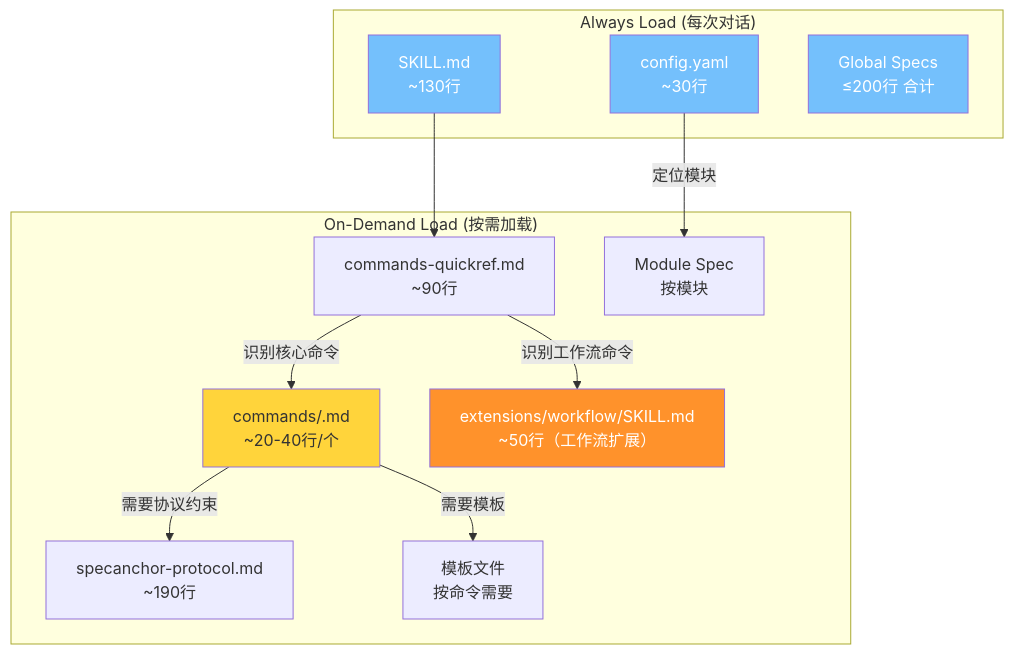
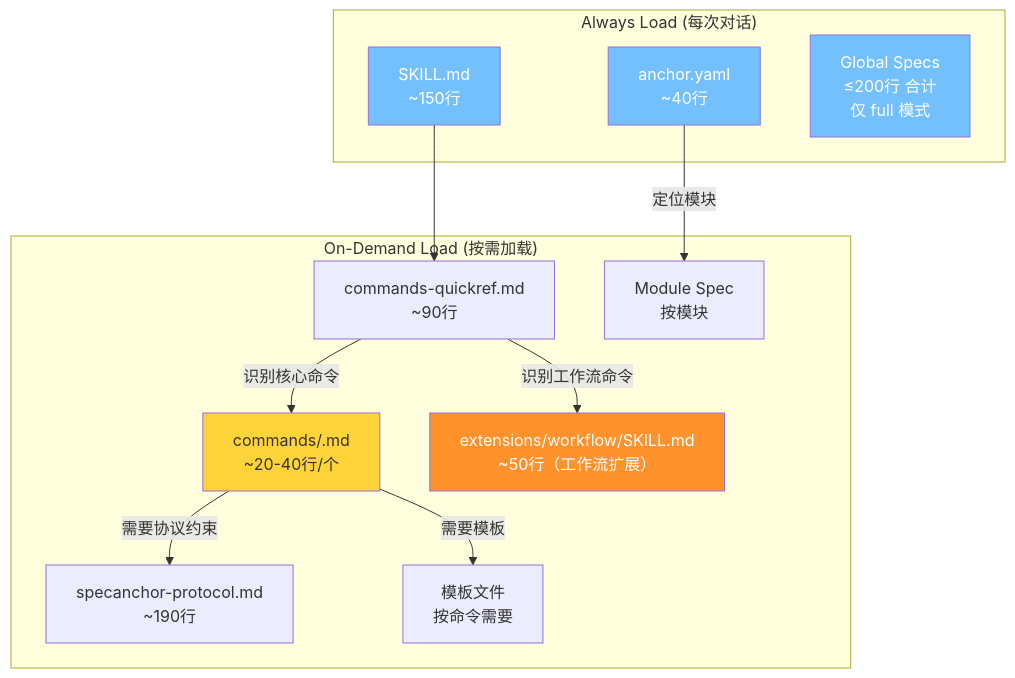
One commit to linziyanleo/spec-anchor changed the fifth of 6 diagrams in FLOWCHART.md. Above: the diagram before and after it, drawn with Mermaid. The commit also changed other lines of this file and 12 other files, not shown here.

First line of the commit message:
feat: config.yaml → anchor.yaml 根目录配置迁移，支持 full/parasitic 双模式

````diff
--- a/FLOWCHART.md
+++ b/FLOWCHART.md
@@ -111,30 +121,30 @@
 ```mermaid
 flowchart TD
     subgraph "Always Load (每次对话)"
-        A1[SKILL.md<br/>~130行]
-        A2[config.yaml<br/>~30行]
-        A3[Global Specs<br/>≤200行 合计]
+        A1[SKILL.md<br/>~150行]
+        A2[anchor.yaml<br/>~40行]
+        A3[Global Specs<br/>≤200行 合计<br/>仅 full 模式]
     end
 
     subgraph "On-Demand Load (按需加载)"
         B1[commands-quickref.md<br/>~90行]
         B2["commands/<cmd>.md<br/>~20-40行/个"]
         B3[specanchor-protocol.md<br/>~190行]
         B4[Module Spec<br/>按模块]
         B5[模板文件<br/>按命令需要]
         B6["extensions/workflow/SKILL.md<br/>~50行（工作流扩展）"]
     end
 
     A1 --> B1
     B1 -->|识别核心命令| B2
     B1 -->|识别工作流命令| B6
     B2 -->|需要协议约束| B3
     A2 -->|定位模块| B4
     B2 -->|需要模板| B5
 
     style A1 fill:#74c0fc,color:#fff
     style A2 fill:#74c0fc,color:#fff
     style A3 fill:#74c0fc,color:#fff
     style B2 fill:#ffd43b,color:#333
     style B6 fill:#ff922b,color:#fff
 ```
````
